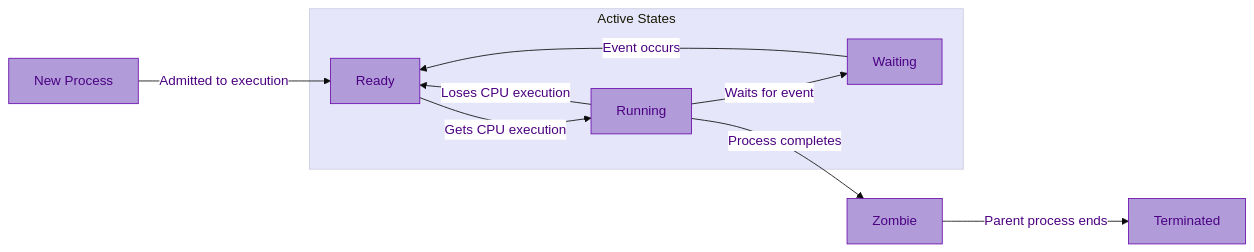
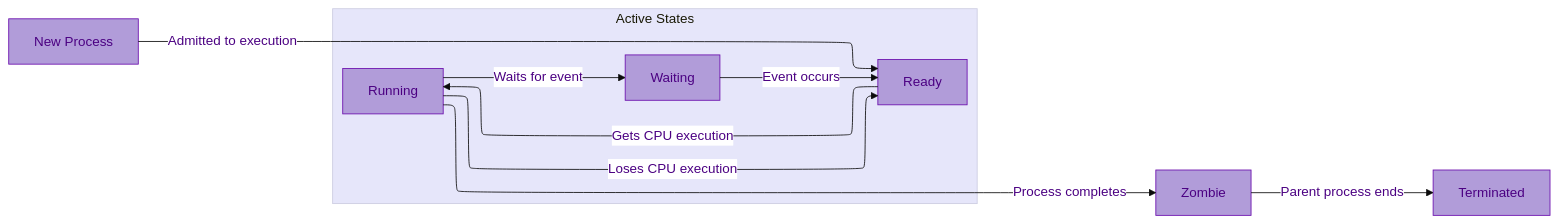
One commit to Sangdo-Han/Sangdo-Han.github.io changed the diagram in docs/programming/concurrent-programming/03. Multiprocessing.md. Above: the diagram before and after it, drawn with Mermaid. The commit also changed 4 other files, not shown here.

Commit message:
[add] mermaid diagrams

````diff
--- a/docs/programming/concurrent-programming/03. Multiprocessing.md
+++ b/docs/programming/concurrent-programming/03. Multiprocessing.md
@@ -61,42 +61,43 @@
 ```mermaid
 %%{
   init: {
     'theme': 'base',
+    'layout': 'elk',
     'themeVariables': {
       'primaryColor': '#b19cd9',
       'primaryTextColor': '#4b0082',
       'primaryBorderColor': '#800080',
       'edgeLabelBackground': '#ffffff',
       'tertiaryColor': '#e6e6fa', 
       'nodeBorder': '#6a0dad'
     },
     'curve': 'basis'
   }
 }%%
 graph LR
 
 %% Define process states
 new["New Process"]
 ready["Ready"]
 running["Running"]
 wait["Waiting"]
 zombie["Zombie"]
 terminated["Terminated"]
 
 %% Define transitions
 new -->|Admitted to execution| ready
 ready -->|Gets CPU execution| running
 running -->|Loses CPU execution| ready
 running -->|Waits for event| wait
 wait -->|Event occurs| ready
 running -->|Process completes| zombie
 zombie -->|Parent process ends| terminated
 
 %% Group active states
 subgraph Active States
     ready
     running
     wait
 end
 
 ```
````
